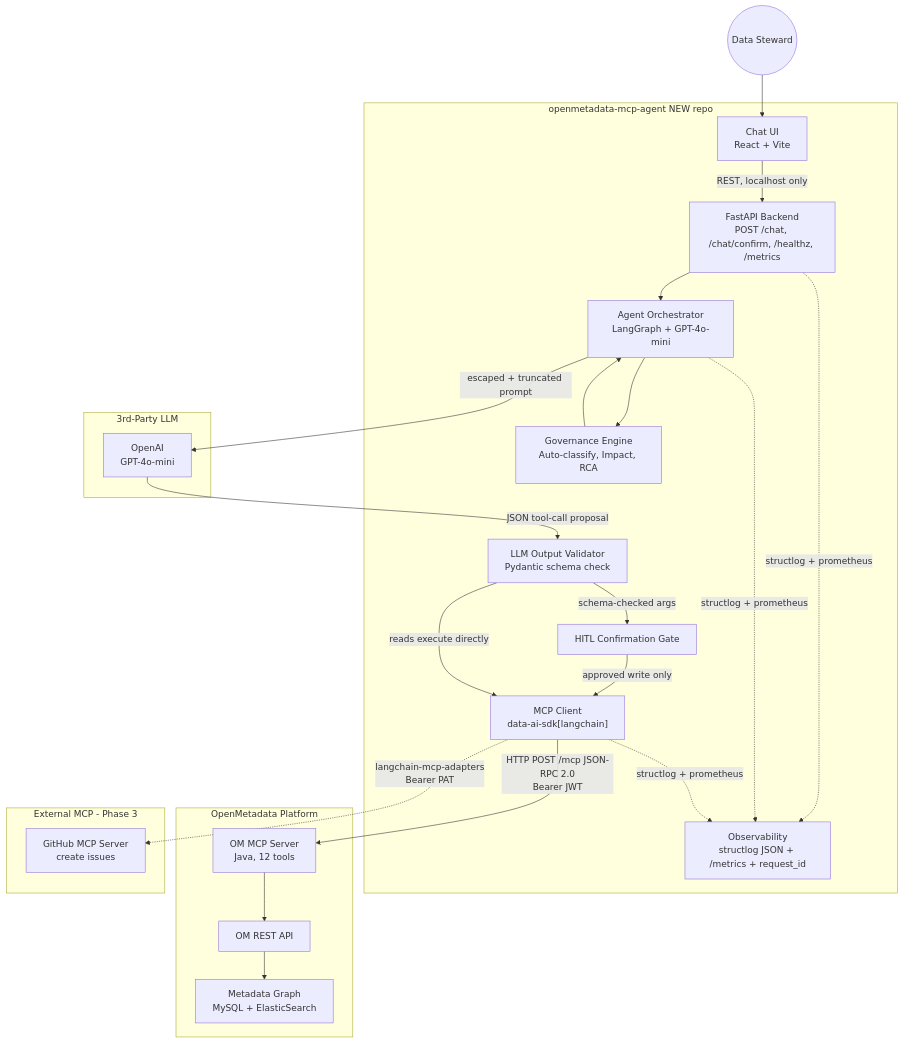
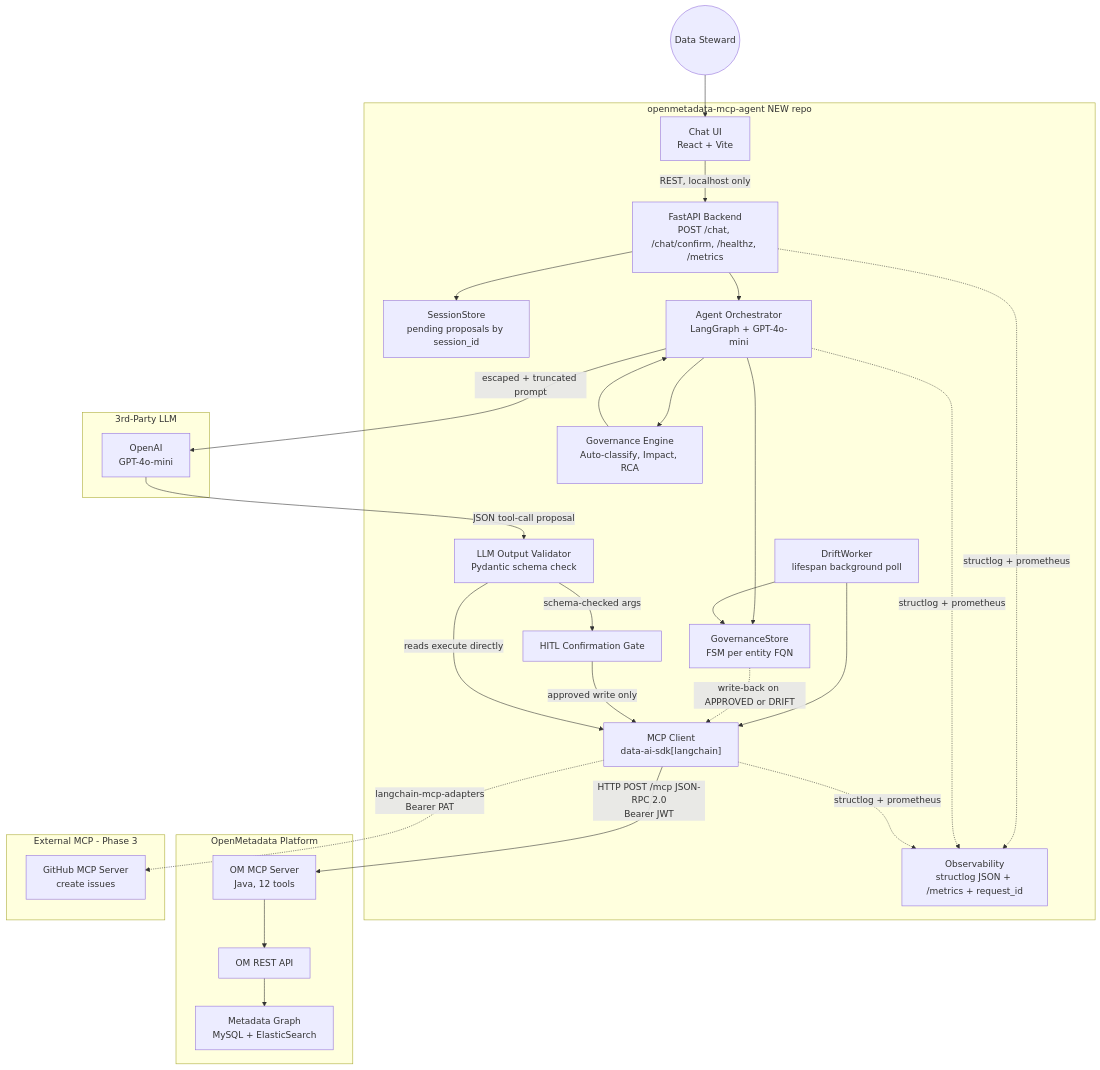
The first of 2 diagrams in .idea/Plan/Architecture/Overview.md (GunaPalanivel/openmetadata-mcp-agent), drawn with Mermaid before and after one commit. The commit also changed 23 other files, not shown here.

First line of the commit message:
docs(plan): sprint16 ENG issues #75-90, templates, diagrams

````diff
--- a/.idea/Plan/Architecture/Overview.md
+++ b/.idea/Plan/Architecture/Overview.md
@@ -5,45 +5,53 @@
 ```mermaid
 graph TB
     subgraph agentRepo [openmetadata-mcp-agent NEW repo]
         UI["Chat UI<br/>React + Vite"]
         API["FastAPI Backend<br/>POST /chat, /chat/confirm, /healthz, /metrics"]
+        Sessions["SessionStore<br/>pending proposals by session_id"]
+        GovStore["GovernanceStore<br/>FSM per entity FQN"]
+        DriftW["DriftWorker<br/>lifespan background poll"]
         Agent["Agent Orchestrator<br/>LangGraph + GPT-4o-mini"]
         Validator["LLM Output Validator<br/>Pydantic schema check"]
         Confirm["HITL Confirmation Gate"]
         MCPClient["MCP Client<br/>data-ai-sdk[langchain]"]
         GovEngine["Governance Engine<br/>Auto-classify, Impact, RCA"]
         Obs["Observability<br/>structlog JSON + /metrics + request_id"]
     end
 
     subgraph openMetadata [OpenMetadata Platform]
         OMMCP["OM MCP Server<br/>Java, 12 tools"]
         OMAPI["OM REST API"]
         OMDB["Metadata Graph<br/>MySQL + ElasticSearch"]
     end
 
     subgraph externalMCP [External MCP - Phase 3]
         GitHubMCP["GitHub MCP Server<br/>create issues"]
     end
 
     subgraph llmProvider [3rd-Party LLM]
         OpenAI["OpenAI<br/>GPT-4o-mini"]
     end
 
     User((Data Steward)) --> UI
     UI -->|"REST, localhost only"| API
+    API --> Sessions
     API --> Agent
+    Agent --> GovStore
+    DriftW --> GovStore
+    DriftW --> MCPClient
+    GovStore -.->|"write-back on APPROVED or DRIFT"| MCPClient
     Agent --> GovEngine
     GovEngine --> Agent
     Agent -->|"escaped + truncated prompt"| OpenAI
     OpenAI -->|"JSON tool-call proposal"| Validator
     Validator -->|"schema-checked args"| Confirm
     Confirm -->|"approved write only"| MCPClient
     Validator -->|"reads execute directly"| MCPClient
     MCPClient -->|"HTTP POST /mcp JSON-RPC 2.0<br/>Bearer JWT"| OMMCP
     MCPClient -.->|"langchain-mcp-adapters<br/>Bearer PAT"| GitHubMCP
     OMMCP --> OMAPI
     OMAPI --> OMDB
     API -.->|"structlog + prometheus"| Obs
     Agent -.->|"structlog + prometheus"| Obs
     MCPClient -.->|"structlog + prometheus"| Obs
 ```
````
